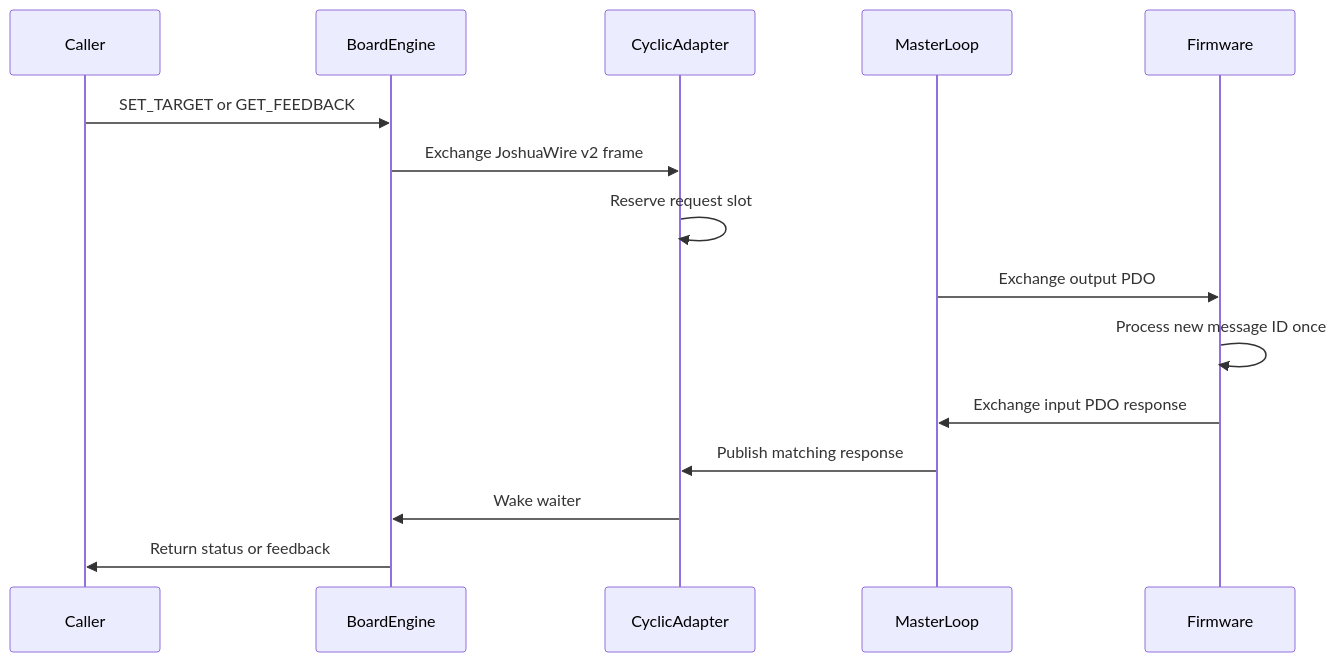
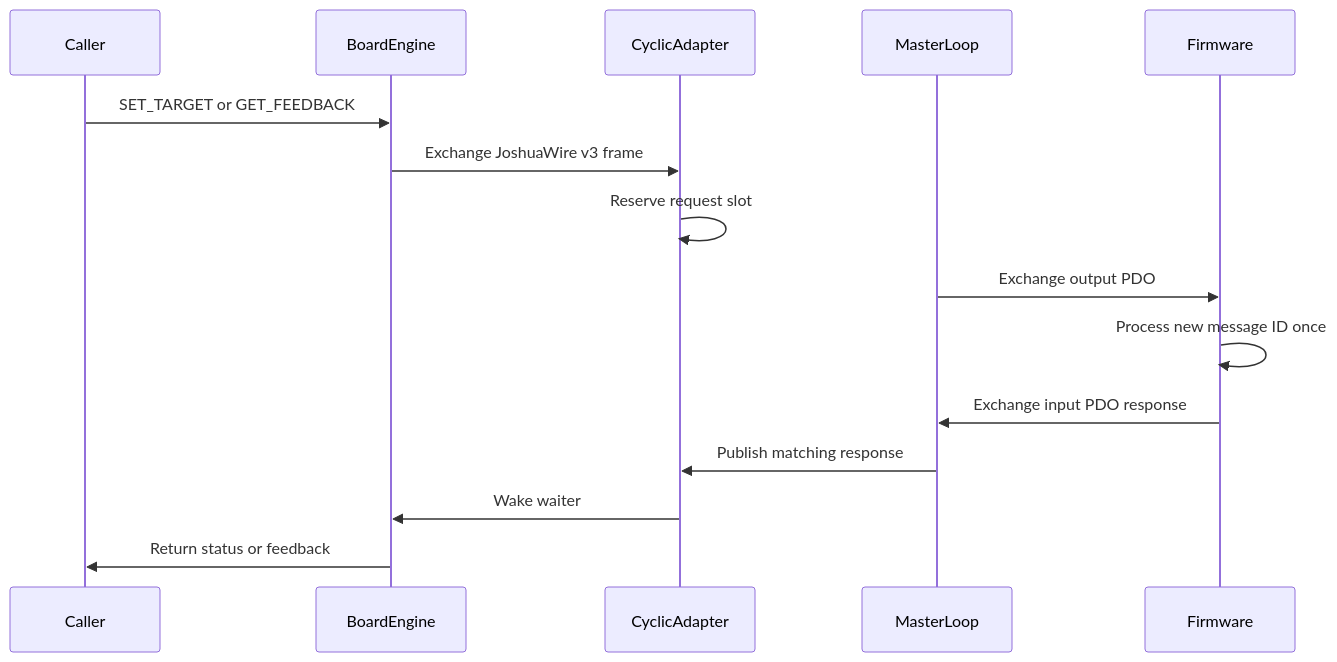
One commit to Joshua-AI-Robotics/Joshua changed the first of 2 diagrams in docs/BOARD_COMM_SEPARATION_PLAN.md. Above: the diagram before and after it, drawn with Mermaid. The commit also changed other lines of this file and 14 other files, not shown here.

First line of the commit message:
Add generic JoshuaWire channel discovery and device interfaces

````diff
--- a/docs/BOARD_COMM_SEPARATION_PLAN.md
+++ b/docs/BOARD_COMM_SEPARATION_PLAN.md
@@ -152,18 +181,18 @@
 ```mermaid
 sequenceDiagram
   participant Caller
   participant BoardEngine
   participant CyclicAdapter
   participant MasterLoop
   participant Firmware
 
   Caller->>BoardEngine: SET_TARGET or GET_FEEDBACK
-  BoardEngine->>CyclicAdapter: Exchange JoshuaWire v2 frame
+  BoardEngine->>CyclicAdapter: Exchange JoshuaWire v3 frame
   CyclicAdapter->>CyclicAdapter: Reserve request slot
   MasterLoop->>Firmware: Exchange output PDO
   Firmware->>Firmware: Process new message ID once
   Firmware->>MasterLoop: Exchange input PDO response
   MasterLoop->>CyclicAdapter: Publish matching response
   CyclicAdapter->>BoardEngine: Wake waiter
   BoardEngine->>Caller: Return status or feedback
 ```
````
